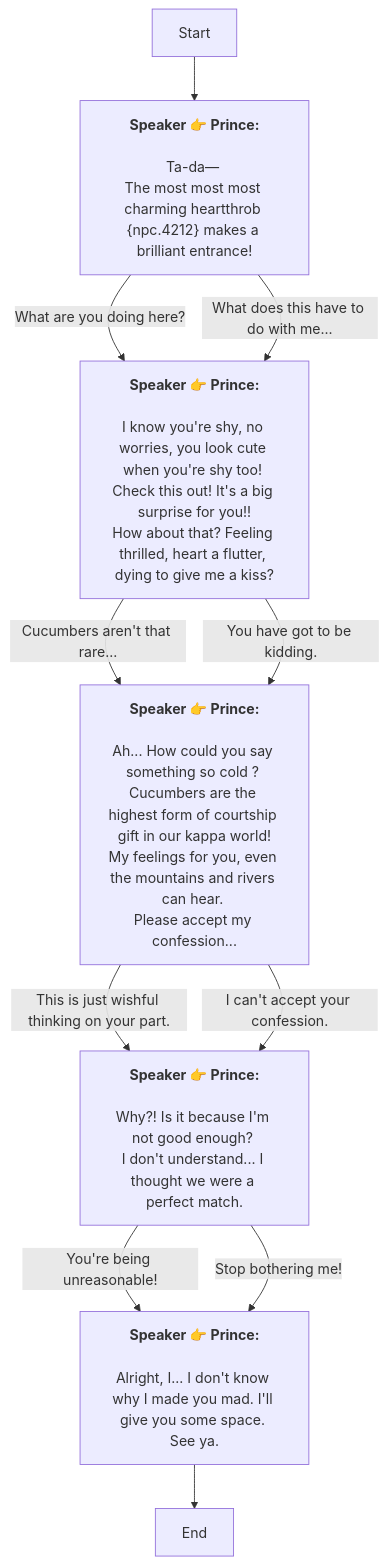
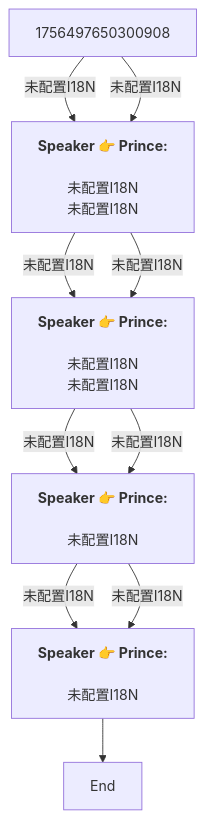
The diagram in En/QuestStartTalkENode_1756497436644329.md (SoftHu/tos_avg), drawn with Mermaid before and after one commit. The commit also changed 780 other files, not shown here.

````diff
--- a/En/QuestStartTalkENode_1756497436644329.md
+++ b/En/QuestStartTalkENode_1756497436644329.md
@@ -1,32 +1,21 @@
 ```mermaid
 graph
-Start -->1756497650300908[<b>Speaker 👉 Prince:</b>
-\nTa-da— 
-The most most most charming heartthrob &lbrace;npc.4212&rbrace; makes a brilliant entrance!]
-1756497650300908 -->|What are you doing here?|1756498992332793[<b>Speaker 👉 Prince:</b>
-\nI know you're shy, no worries, you look cute when you're shy too! 
-Check this out! It's a big surprise for you!!\nHow about that? Feeling thrilled, heart a flutter, dying to give me a kiss?]
-1756497650300908 -->|What does this have to do with me...|1756498992332793[<b>Speaker 👉 Prince:</b>
-\nI know you're shy, no worries, you look cute when you're shy too! 
-Check this out! It's a big surprise for you!!\nHow about that? Feeling thrilled, heart a flutter, dying to give me a kiss?]
-1756498992332793 -->|Cucumbers aren't that rare...|1756504511335426[<b>Speaker 👉 Prince:</b>
-\nAh... How could you say something so cold ? 
-Cucumbers are the highest form of courtship gift in our kappa world!\nMy feelings for you, even the mountains and rivers can hear. 
-Please accept my confession...]
-1756498992332793 -->|You have got to be kidding.|1756504511335426[<b>Speaker 👉 Prince:</b>
-\nAh... How could you say something so cold ? 
-Cucumbers are the highest form of courtship gift in our kappa world!\nMy feelings for you, even the mountains and rivers can hear. 
-Please accept my confession...]
-1756504511335426 -->|This is just wishful thinking on your part.|1756505809446922[<b>Speaker 👉 Prince:</b>
-\nWhy?! Is it because I'm not good enough? 
-I don't understand... I thought we were a perfect match.]
-1756504511335426 -->|I can't accept your confession.|1756505809446922[<b>Speaker 👉 Prince:</b>
-\nWhy?! Is it because I'm not good enough? 
-I don't understand... I thought we were a perfect match.]
-1756505809446922 -->|You're being unreasonable!|1756506273310736[<b>Speaker 👉 Prince:</b>
-\nAlright, I... I don't know why I made you mad. I'll give you some space. See ya.]
-1756505809446922 -->|Stop bothering me!|1756506273310736[<b>Speaker 👉 Prince:</b>
-\nAlright, I... I don't know why I made you mad. I'll give you some space. See ya.]
+1756497650300908 -->|未配置I18N|1756498992332793[<b>Speaker 👉 Prince:</b>
+\n未配置I18N\n未配置I18N]
+1756497650300908 -->|未配置I18N|1756498992332793[<b>Speaker 👉 Prince:</b>
+\n未配置I18N\n未配置I18N]
+1756498992332793 -->|未配置I18N|1756504511335426[<b>Speaker 👉 Prince:</b>
+\n未配置I18N\n未配置I18N]
+1756498992332793 -->|未配置I18N|1756504511335426[<b>Speaker 👉 Prince:</b>
+\n未配置I18N\n未配置I18N]
+1756504511335426 -->|未配置I18N|1756505809446922[<b>Speaker 👉 Prince:</b>
+\n未配置I18N]
+1756504511335426 -->|未配置I18N|1756505809446922[<b>Speaker 👉 Prince:</b>
+\n未配置I18N]
+1756505809446922 -->|未配置I18N|1756506273310736[<b>Speaker 👉 Prince:</b>
+\n未配置I18N]
+1756505809446922 -->|未配置I18N|1756506273310736[<b>Speaker 👉 Prince:</b>
+\n未配置I18N]
 1756506273310736 -->1756506300503057[End]
 
 ```
````
